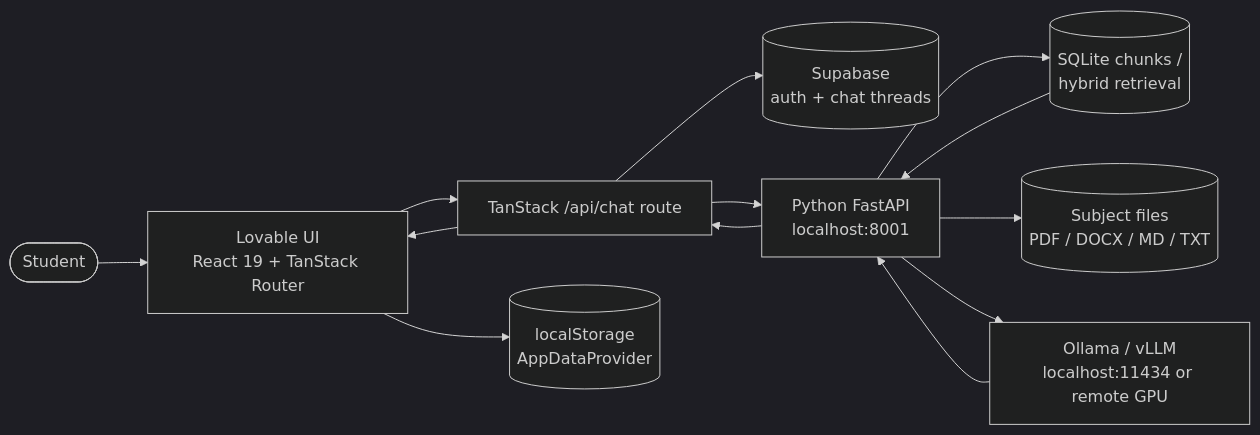
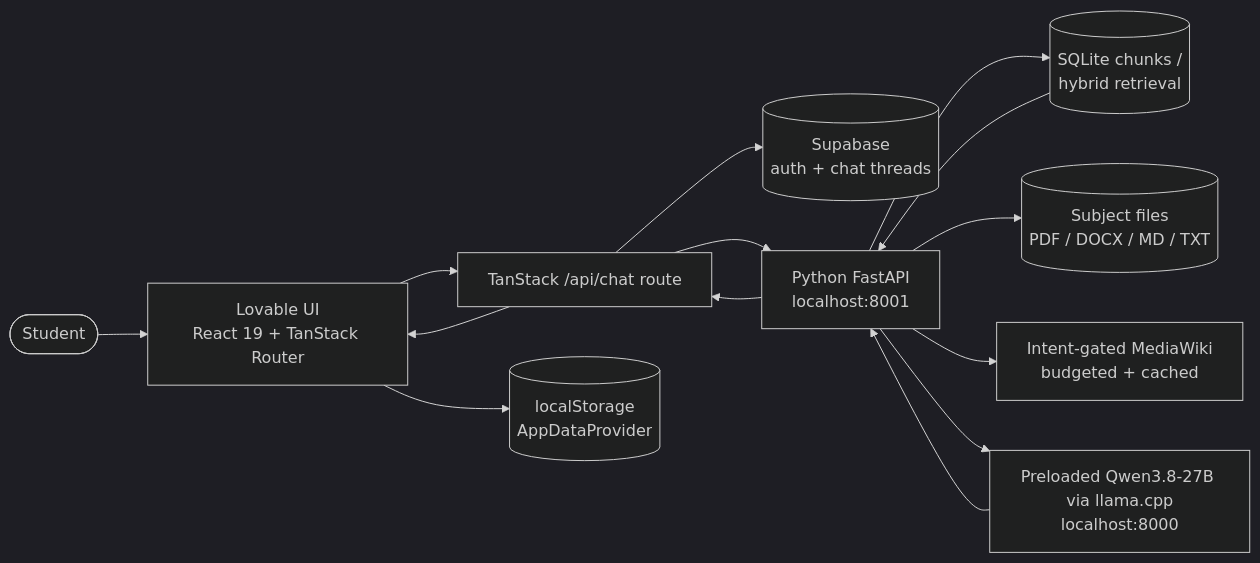
One commit to keyshavmor/study-swiss-star changed the diagram in lovabledocs/FRONTEND_ARCHITECTURE.md. Above: the diagram before and after it, drawn with Mermaid (dark theme). The commit also changed other lines of this file and 392 other files, not shown here.

````diff
--- a/lovabledocs/FRONTEND_ARCHITECTURE.md
+++ b/lovabledocs/FRONTEND_ARCHITECTURE.md
@@ -135,15 +133,16 @@
 ```mermaid
 graph LR
     Student([Student]) --> UI[Lovable UI<br/>React 19 + TanStack Router]
     UI --> SF[TanStack /api/chat route]
     SF --> SB[(Supabase<br/>auth + chat threads)]
     SF --> PY[Python FastAPI<br/>localhost:8001]
     PY --> RAG[(SQLite chunks /<br/>hybrid retrieval)]
     PY --> FILES[(Subject files<br/>PDF / DOCX / MD / TXT)]
-    PY --> LLM[Ollama / vLLM<br/>localhost:11434 or remote GPU]
+    PY --> WEB[Intent-gated MediaWiki<br/>budgeted + cached]
+    PY --> LLM[Preloaded Qwen3.8-27B via llama.cpp<br/>localhost:8000]
     RAG --> PY
     LLM --> PY
     PY --> SF
     SF --> UI
     UI --> LS[(localStorage<br/>AppDataProvider)]
 ```
````
